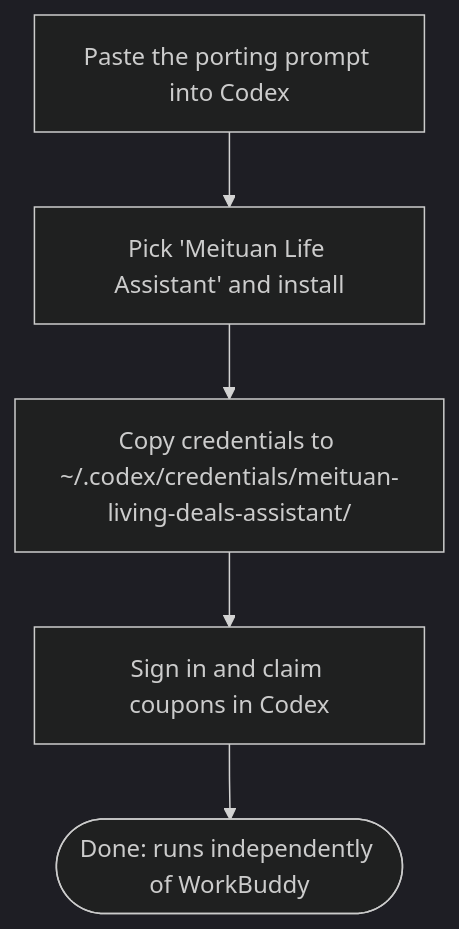
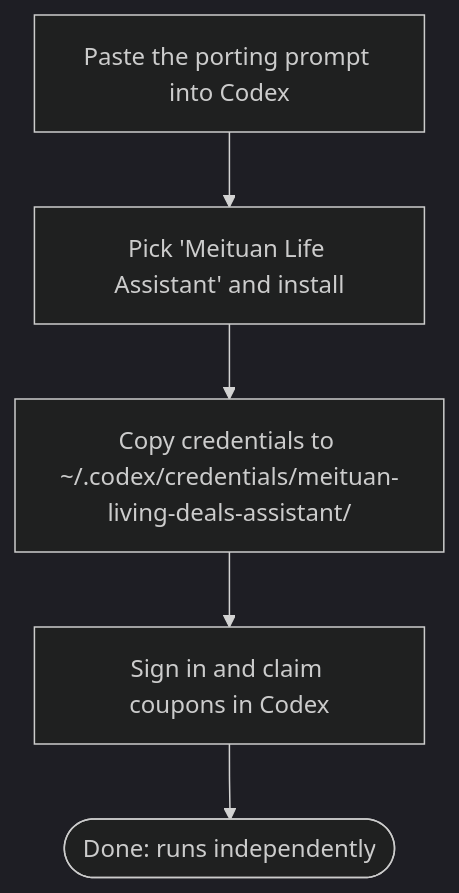
The fourth of 4 diagrams in README.en.md (chillboy67/workbuddy-meituan-daily-benefits-guide), drawn with Mermaid (dark theme) before and after one commit.

````diff
--- a/README.en.md
+++ b/README.en.md
@@ -171,7 +171,7 @@
 ```mermaid
 flowchart TD
     Step1[Paste the porting prompt into Codex] --> Step2[Pick 'Meituan Life Assistant' and install]
     Step2 --> Step3[Copy credentials to ~/.codex/credentials/meituan-living-deals-assistant/]
     Step3 --> Step4[Sign in and claim coupons in Codex]
-    Step4 --> End3([Done: runs independently of WorkBuddy])
+    Step4 --> End3([Done: runs independently])
 ```
````
